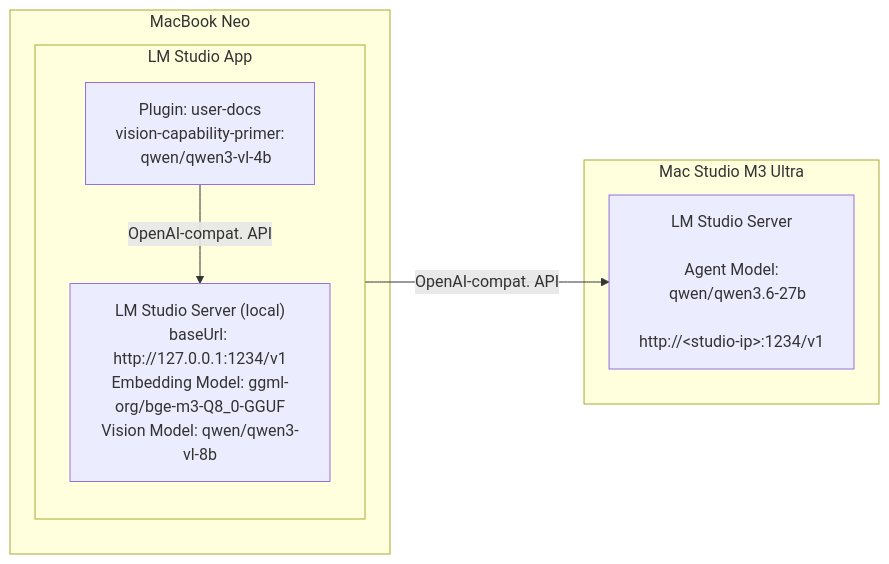
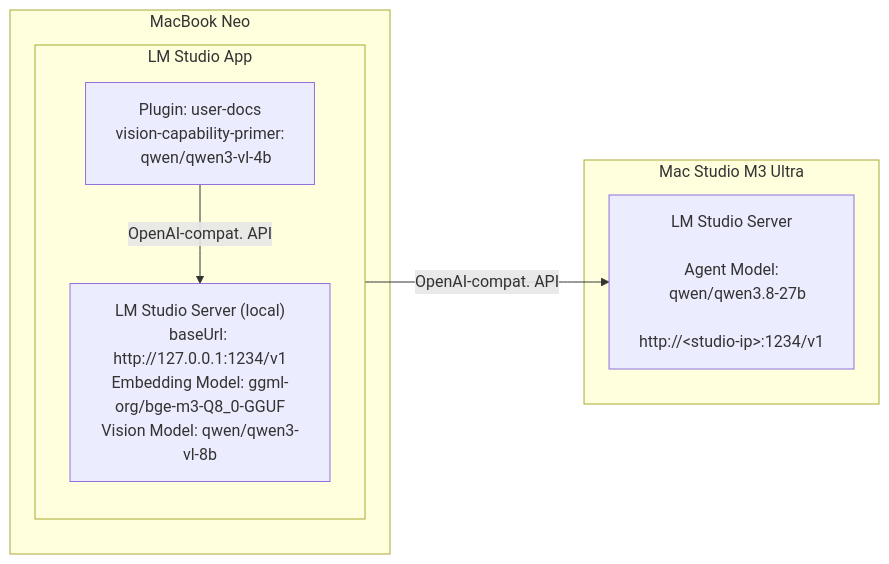
One commit to ceveyne/user-docs-docs changed the second of 2 diagrams in docs/DEPLOYMENT.md. Above: the diagram before and after it, drawn with Mermaid. The commit also changed other lines of this file and 1 other file, not shown here.

````diff
--- a/docs/DEPLOYMENT.md
+++ b/docs/DEPLOYMENT.md
@@ -91,17 +91,17 @@
 ```mermaid
 graph LR
     subgraph MacBookNeo["MacBook Neo"]
         subgraph LMStudioApp["LM Studio App"]
             Plugin["Plugin: user-docs<br>vision-capability-primer:<br>&nbsp;&nbsp; qwen/qwen3-vl-4b"]
 
             LMServerLocal["LM Studio Server (local)<br>baseUrl: http://127.0.0.1:1234/v1<br>Embedding Model: ggml-org/bge-m3-Q8_0-GGUF<br>Vision Model: qwen/qwen3-vl-8b"]
         end
     end
 
     subgraph MacStudio["Mac Studio M3 Ultra"]
-        LMSServerRemote["LM Studio Server<br><br>Agent Model:<br>&nbsp;&nbsp; qwen/qwen3.6-27b<br><br>http://&lt;studio-ip&gt;:1234/v1"]
+        LMSServerRemote["LM Studio Server<br><br>Agent Model:<br>&nbsp;&nbsp; qwen/qwen3.8-27b<br><br>http://&lt;studio-ip&gt;:1234/v1"]
     end
 
     Plugin -->|"OpenAI-compat. API"| LMServerLocal
     LMStudioApp -->|"OpenAI-compat. API"| LMSServerRemote
 ```
````
